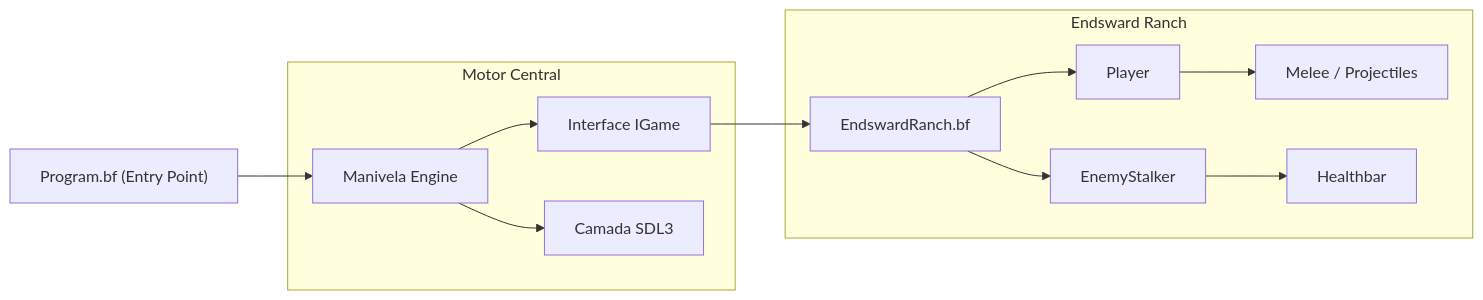
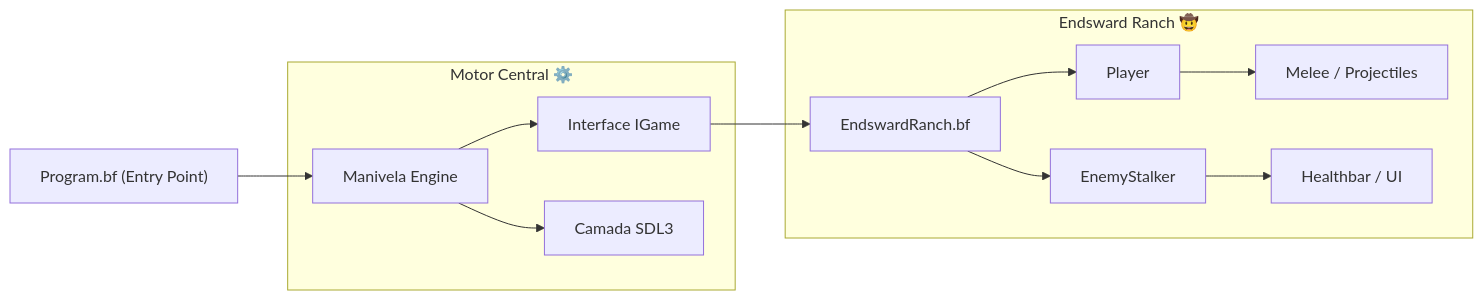
Before and after one commit to EduLoboM/Manivela-Engine: the diagram in README.md, drawn with Mermaid. The commit also changed other lines of this file, not shown here.

`````diff
--- a/README.md
+++ b/README.md
@@ -23,18 +25,17 @@
 ```mermaid
 graph LR
     Main["Program.bf (Entry Point)"]:::process --> Engine["Manivela Engine"]:::core
     
-    subgraph Core["Motor Central"]
+    subgraph Core["Motor Central ⚙️"]
         Engine --> IGame["Interface IGame"]:::interface
         Engine --> SDL["Camada SDL3"]:::lib
     end
 
-    subgraph Game["Endsward Ranch"]
+    subgraph Game["Endsward Ranch 🤠"]
         IGame --> Ranch["EndswardRanch.bf"]:::logic
         Ranch --> Player["Player"]:::entity
         Ranch --> Enemy["EnemyStalker"]:::entity
-        Player --> Combate["Melee / Projectiles"]:::component
-        Enemy --> UI["Healthbar"]:::component
+        Player --> Combat["Melee / Projectiles"]:::component
+        Enemy --> HUD["Healthbar / UI"]:::component
     end
-
-```
+````
`````
